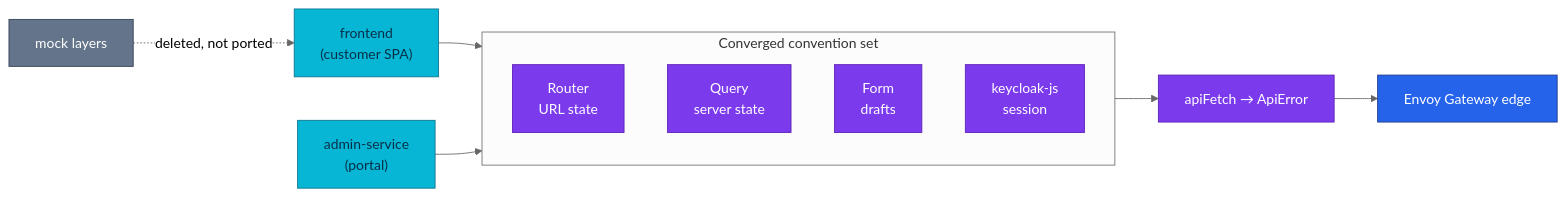
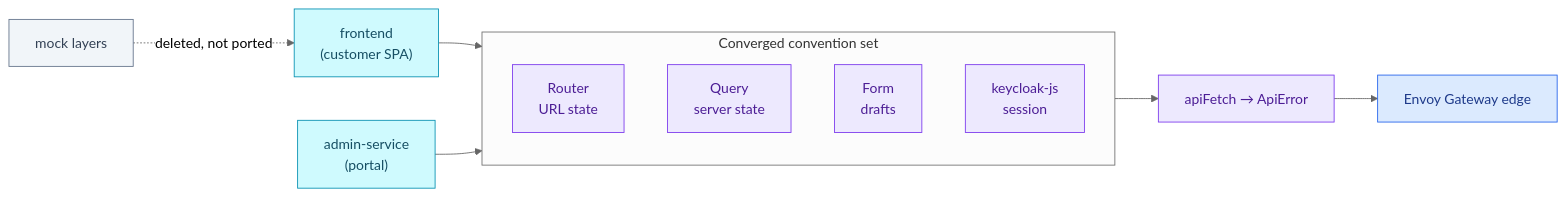
Before and after one commit to duynhlab/homelab: the diagram in docs/proposals/adr/ADR-052-converge-the-customer-spa-on-the-portal-stack/README.md, drawn with Mermaid (neutral theme). The commit also changed 174 other files, not shown here.

First line of the commit message:
Soft-tint diagram palette, a signal-flow diagram, a Linux-ready Draw.io skill

````diff
--- a/docs/proposals/adr/ADR-052-converge-the-customer-spa-on-the-portal-stack/README.md
+++ b/docs/proposals/adr/ADR-052-converge-the-customer-spa-on-the-portal-stack/README.md
@@ -117,26 +117,26 @@
 ```mermaid
 flowchart LR
   subgraph conv["Converged convention set"]
     R["Router<br/>URL state"]
     Q["Query<br/>server state"]
     F["Form<br/>drafts"]
     A["keycloak-js<br/>session"]
   end
 
   FE["frontend<br/>(customer SPA)"] --> conv
   AD["admin-service<br/>(portal)"] --> conv
   conv --> API["apiFetch → ApiError"]
   API --> EDGE["Envoy Gateway edge"]
 
   MOCK["mock layers"] -.->|"deleted, not ported"| FE
 
-  classDef edge fill:#2563eb,color:#fff,stroke:#1e3a8a;
-  classDef service fill:#06b6d4,color:#082f49,stroke:#0e7490;
-  classDef platform fill:#7c3aed,color:#fff,stroke:#5b21b6;
-  classDef external fill:#64748b,color:#fff,stroke:#334155;
+  classDef edge fill:#dbeafe,color:#1e3a8a,stroke:#2563eb;
+  classDef service fill:#cffafe,color:#164e63,stroke:#0891b2;
+  classDef platform fill:#ede9fe,color:#4c1d95,stroke:#7c3aed;
+  classDef external fill:#f1f5f9,color:#334155,stroke:#64748b;
 
   class EDGE edge;
   class FE,AD service;
   class R,Q,F,A,API platform;
   class MOCK external;
 ```
````
